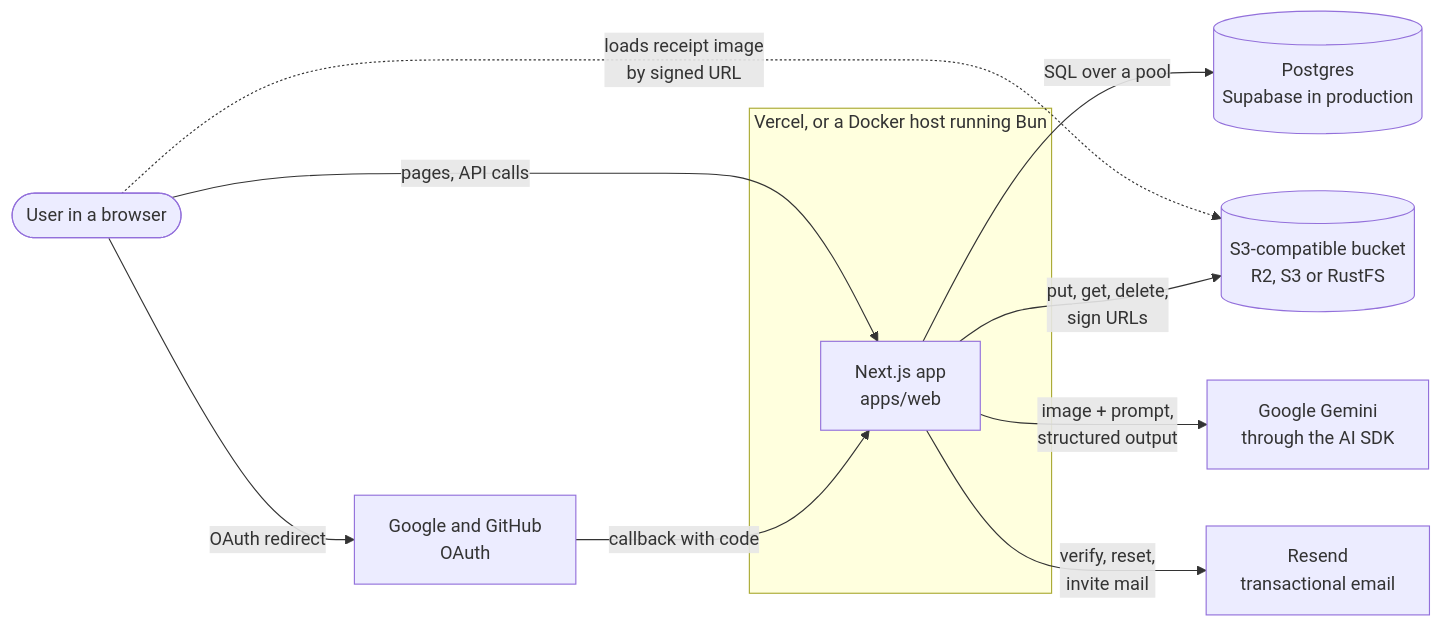
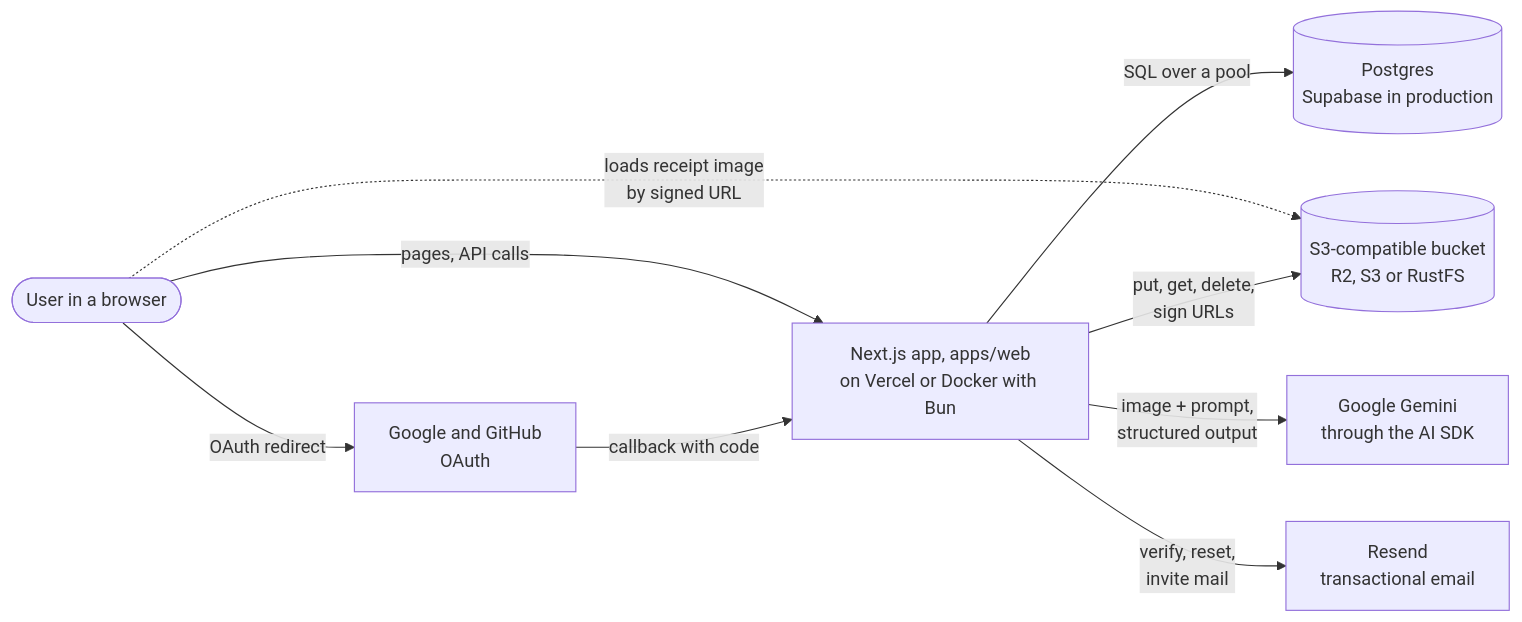
One commit to bhimrazy/receipt-ocr-app changed the first of 2 diagrams in docs/architecture/README.md. Above: the diagram before and after it, drawn with Mermaid. The commit also changed other lines of this file and 9 other files, not shown here.

First line of the commit message:
docs(architecture): apply accuracy review, cover #31 and #32

````diff
--- a/docs/architecture/README.md
+++ b/docs/architecture/README.md
@@ -24,21 +24,19 @@
 ```mermaid
 flowchart LR
   user([User in a browser])
-  subgraph host [Vercel, or a Docker host running Bun]
-    web[Next.js app<br/>apps/web]
-  end
+  web[Next.js app, apps/web<br/>on Vercel or Docker with Bun]
   pg[(Postgres<br/>Supabase in production)]
   s3[(S3-compatible bucket<br/>R2, S3 or RustFS)]
   gemini[Google Gemini<br/>through the AI SDK]
   resend[Resend<br/>transactional email]
   oauth[Google and GitHub<br/>OAuth]
 
   user -- "pages, API calls" --> web
   user -. "loads receipt image<br/>by signed URL" .-> s3
   web -- "SQL over a pool" --> pg
   web -- "put, get, delete,<br/>sign URLs" --> s3
   web -- "image + prompt,<br/>structured output" --> gemini
   web -- "verify, reset,<br/>invite mail" --> resend
   user -- "OAuth redirect" --> oauth
   oauth -- "callback with code" --> web
 ```
````
